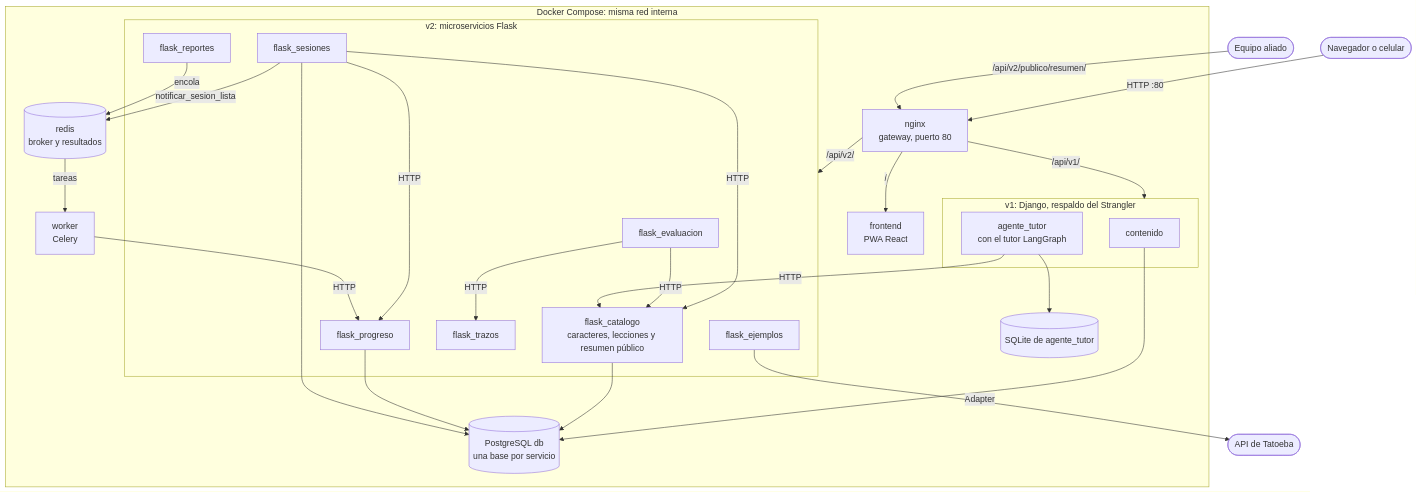
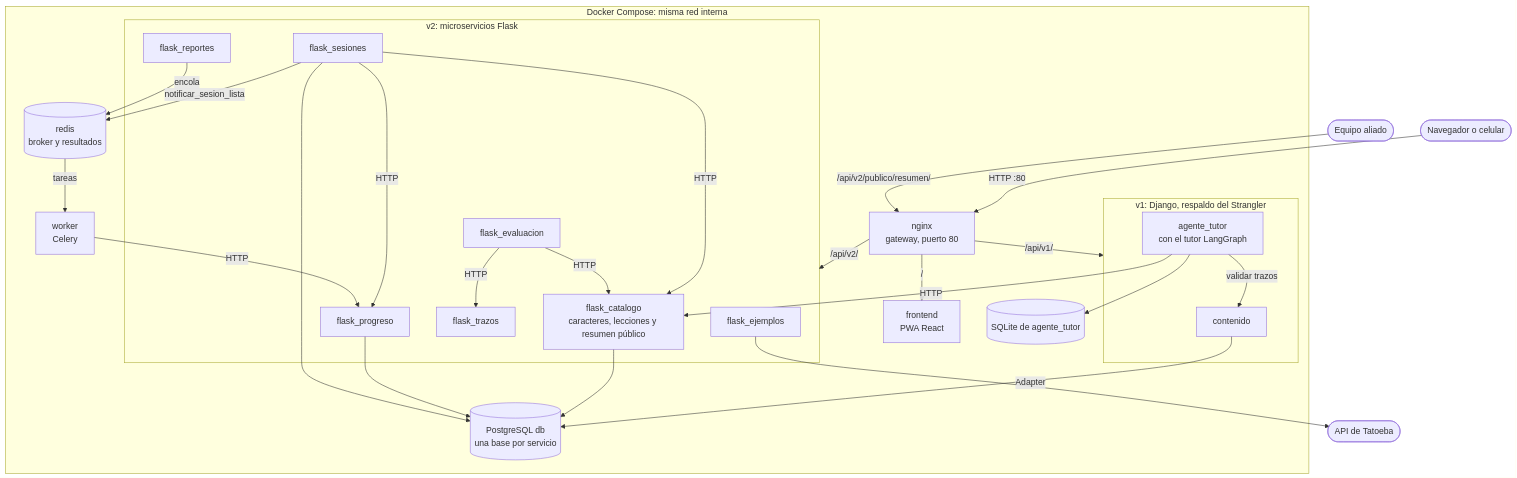
Before and after one commit to jalvarez01/HanZi-Mentor: the third of 9 diagrams in docs/wiki/Entrega-II.md, drawn with Mermaid. The commit also changed other lines of this file, not shown here.

Commit message:
docs(wiki): aviso y repasos en la secuencia de sesion, flecha tutor a contenido

````diff
--- a/docs/wiki/Entrega-II.md
+++ b/docs/wiki/Entrega-II.md
@@ -201,54 +201,55 @@
 ```mermaid
 flowchart TB
     usuario(["Navegador o celular"])
     aliado(["Equipo aliado"])
     tatoeba(["API de Tatoeba"])
 
     subgraph docker["Docker Compose: misma red interna"]
         nginx["nginx<br/>gateway, puerto 80"]
         frontend["frontend<br/>PWA React"]
 
         subgraph v1["v1: Django, respaldo del Strangler"]
             contenido["contenido"]
             tutor["agente_tutor<br/>con el tutor LangGraph"]
         end
 
         subgraph v2["v2: microservicios Flask"]
             catalogo["flask_catalogo<br/>caracteres, lecciones y resumen público"]
             sesiones["flask_sesiones"]
             progreso["flask_progreso"]
             evaluacion["flask_evaluacion"]
             trazos["flask_trazos"]
             ejemplos["flask_ejemplos"]
             reportes["flask_reportes"]
         end
 
         redis[("redis<br/>broker y resultados")]
         worker["worker<br/>Celery"]
         db[("PostgreSQL db<br/>una base por servicio")]
         sqlite[("SQLite de agente_tutor")]
     end
 
     usuario -->|"HTTP :80"| nginx
     aliado -->|"/api/v2/publico/resumen/"| nginx
     nginx -->|"/"| frontend
     nginx -->|"/api/v1/"| v1
     nginx -->|"/api/v2/"| v2
 
     sesiones -->|"HTTP"| catalogo
     sesiones -->|"HTTP"| progreso
     sesiones -->|"notificar_sesion_lista"| redis
     evaluacion -->|"HTTP"| catalogo
     evaluacion -->|"HTTP"| trazos
     reportes -->|"encola"| redis
     redis -->|"tareas"| worker
     worker -->|"HTTP"| progreso
     ejemplos -->|"Adapter"| tatoeba
     tutor -->|"HTTP"| catalogo
+    tutor -->|"validar trazos"| contenido
 
     contenido --> db
     catalogo --> db
     progreso --> db
     sesiones --> db
     tutor --> sqlite
 ```
````
